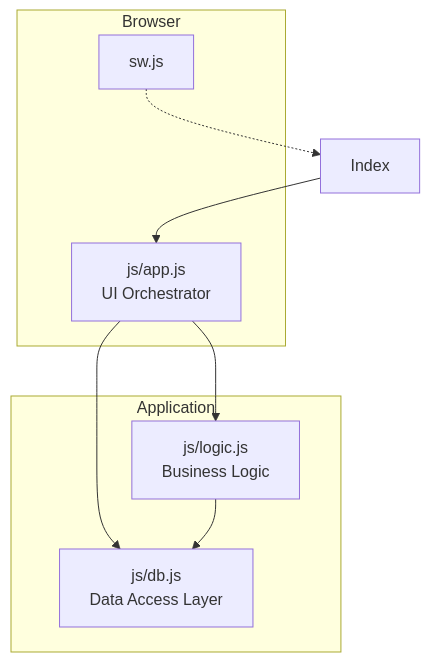
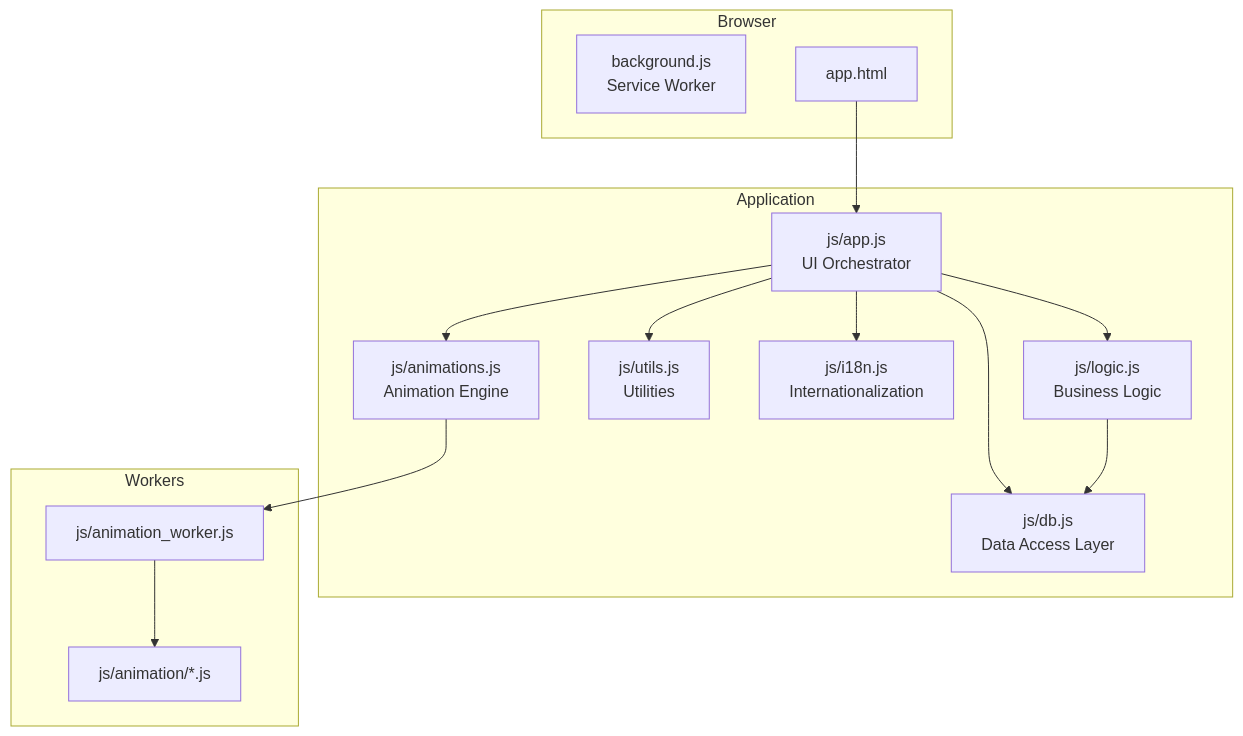
One commit to masanori-satake/QuickLog-Solo changed the first of 2 diagrams in docs/README_DEV.md. Above: the diagram before and after it, drawn with Mermaid. The commit also changed other lines of this file and 5 other files, not shown here.

````diff
--- a/docs/README_DEV.md
+++ b/docs/README_DEV.md
@@ -11,19 +23,31 @@
 ```mermaid
 graph TD
     subgraph Browser
-        SW[sw.js]
+        SW[background.js <br/>Service Worker]
         App[app.html]
     end
 
     subgraph Application
-        App[js/app.js <br/>UI Orchestrator]
+        AppJS[js/app.js <br/>UI Orchestrator]
         Logic[js/logic.js <br/>Business Logic]
         DB[js/db.js <br/>Data Access Layer]
+        Utils[js/utils.js <br/>Utilities]
+        I18n[js/i18n.js <br/>Internationalization]
+        Anim[js/animations.js <br/>Animation Engine]
     end
 
-    Index --> App
-    SW -.-> Index
-    App --> Logic
-    App --> DB
+    subgraph Workers
+        AnimWorker[js/animation_worker.js]
+        AnimModules[js/animation/*.js]
+    end
+
+    App --> AppJS
+    AppJS --> Logic
+    AppJS --> DB
+    AppJS --> Utils
+    AppJS --> I18n
+    AppJS --> Anim
     Logic --> DB
+    Anim --> AnimWorker
+    AnimWorker --> AnimModules
 ```
````
